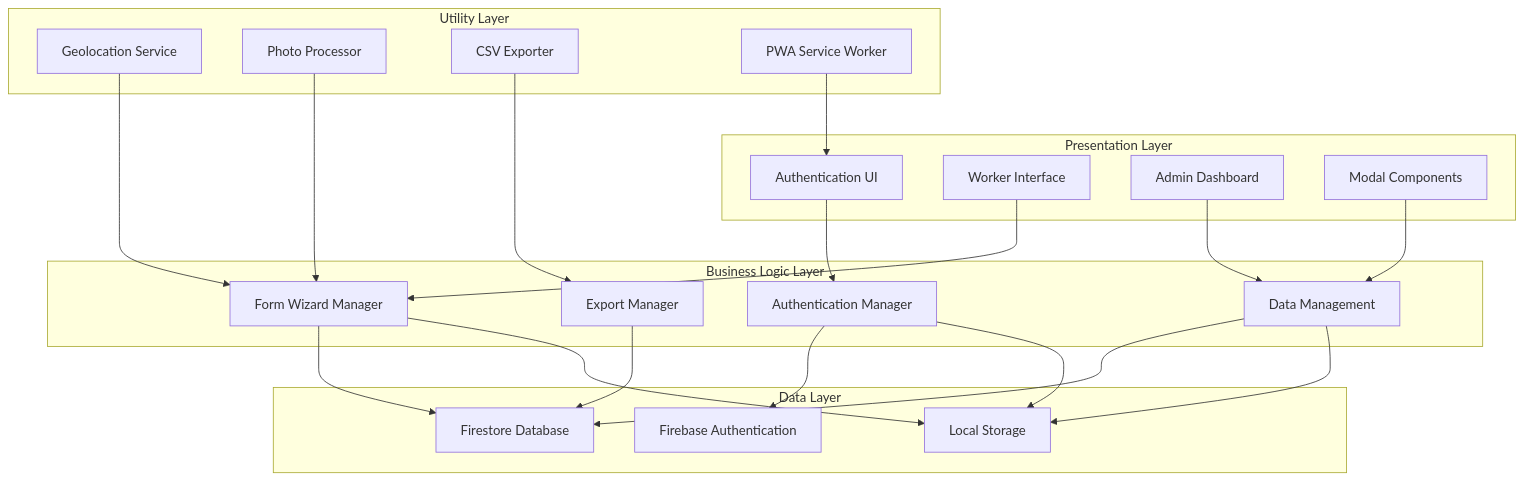
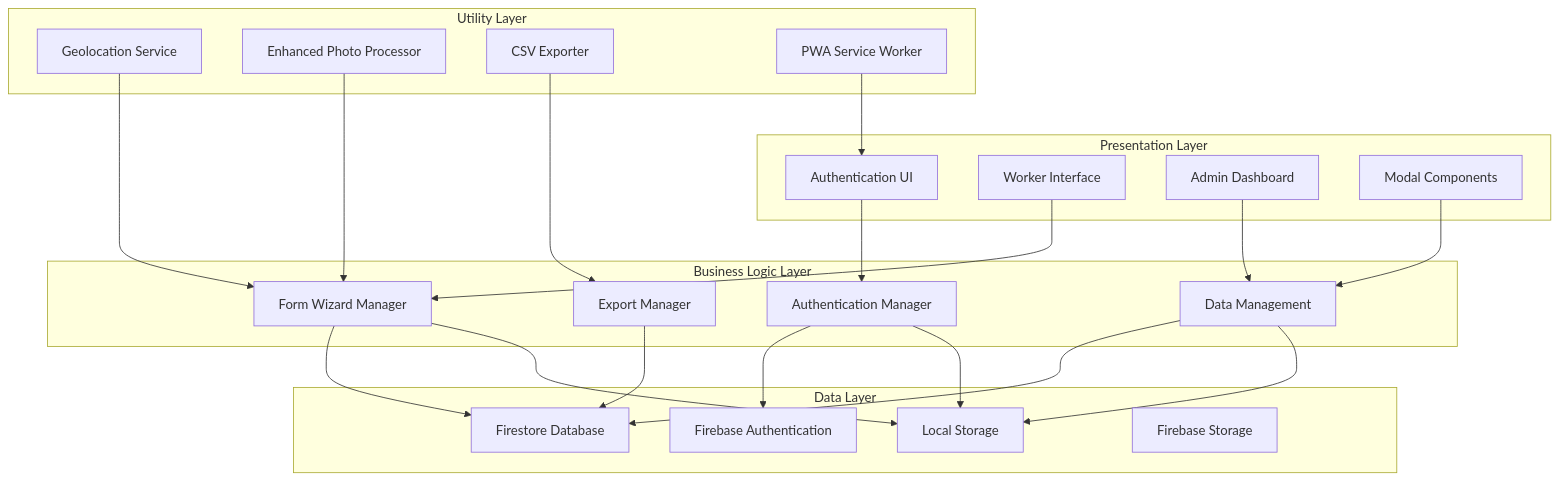
The fifth of 11 diagrams in .qoder/repowiki/en/content/Technical Architecture/Single-File Application Architecture.md (enga018/newserchhipnorthvc), drawn with Mermaid before and after one commit. The commit also changed other lines of this file and 10 other files, not shown here.

````diff
--- a/.qoder/repowiki/en/content/Technical Architecture/Single-File Application Architecture.md
+++ b/.qoder/repowiki/en/content/Technical Architecture/Single-File Application Architecture.md
@@ -184,41 +196,42 @@
 ```mermaid
 graph TB
 subgraph "Presentation Layer"
 AuthUI[Authentication UI]
 WorkerUI[Worker Interface]
 AdminUI[Admin Dashboard]
 Modals[Modal Components]
 end
 subgraph "Business Logic Layer"
 AuthMgr[Authentication Manager]
 FormMgr[Form Wizard Manager]
 DataMgr[Data Management]
 ExportMgr[Export Manager]
 end
 subgraph "Data Layer"
 LocalStorage[Local Storage]
 Firestore[Firestore Database]
 FirebaseAuth[Firebase Authentication]
+FirebaseStorage[Firebase Storage]
 end
 subgraph "Utility Layer"
 GeoLocator[Geolocation Service]
-PhotoProcessor[Photo Processor]
+PhotoProcessor[Enhanced Photo Processor]
 CSVExporter[CSV Exporter]
 PWAService[PWA Service Worker]
 end
 AuthUI --> AuthMgr
 WorkerUI --> FormMgr
 AdminUI --> DataMgr
 Modals --> DataMgr
 AuthMgr --> FirebaseAuth
 FormMgr --> Firestore
 DataMgr --> Firestore
 ExportMgr --> Firestore
 AuthMgr --> LocalStorage
 FormMgr --> LocalStorage
 DataMgr --> LocalStorage
 GeoLocator --> FormMgr
 PhotoProcessor --> FormMgr
 CSVExporter --> ExportMgr
 PWAService --> AuthUI
 ```
````
